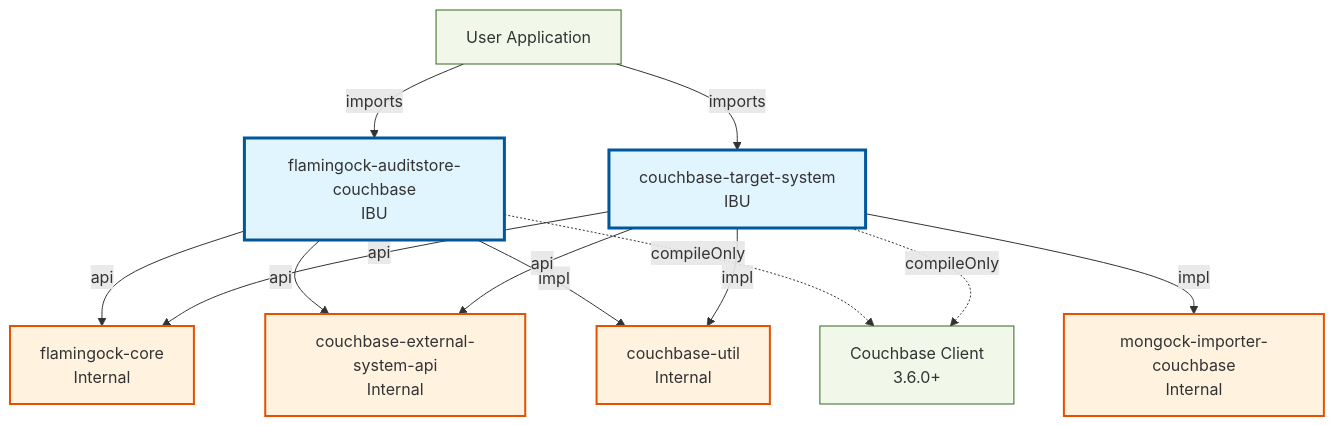
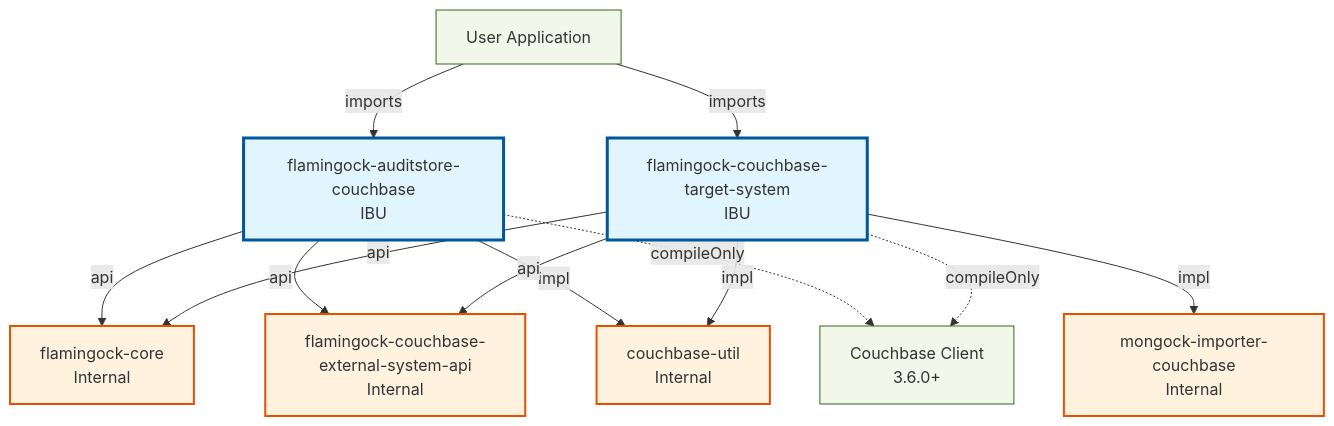
The seventh of 7 diagrams in docs/ARCHITECTURE_OVERVIEW.md (flamingock/flamingock-java), drawn with Mermaid before and after one commit. The commit also changed other lines of this file and 92 other files, not shown here.

````diff
--- a/docs/ARCHITECTURE_OVERVIEW.md
+++ b/docs/ARCHITECTURE_OVERVIEW.md
@@ -610,29 +610,29 @@
 ```mermaid
 graph TB
     classDef ibu fill:#e1f5fe,stroke:#01579b,stroke-width:3px
     classDef ubu fill:#f3e5f5,stroke:#4a148c,stroke-width:3px
     classDef internal fill:#fff3e0,stroke:#e65100,stroke-width:2px
     classDef external fill:#f1f8e9,stroke:#33691e,stroke-width:1px
 
     User[User Application]:::external
     User -->|imports| flamingock-auditstore-couchbase
-    User -->|imports| couchbase-target-system
+    User -->|imports| flamingock-couchbase-target-system
 
     flamingock-auditstore-couchbase[flamingock-auditstore-couchbase<br/>IBU]:::ibu
-    couchbase-target-system[couchbase-target-system<br/>IBU]:::ibu
-    couchbase-external-system-api[couchbase-external-system-api<br/>Internal]:::internal
+    flamingock-couchbase-target-system[flamingock-couchbase-target-system<br/>IBU]:::ibu
+    flamingock-couchbase-external-system-api[flamingock-couchbase-external-system-api<br/>Internal]:::internal
     flamingock-core[flamingock-core<br/>Internal]:::internal
     couchbase-util[couchbase-util<br/>Internal]:::internal
     mongock-importer-couchbase[mongock-importer-couchbase<br/>Internal]:::internal
     CouchbaseClient[Couchbase Client<br/>3.6.0+]:::external
 
     flamingock-auditstore-couchbase -->|api| flamingock-core
-    flamingock-auditstore-couchbase -->|api| couchbase-external-system-api
+    flamingock-auditstore-couchbase -->|api| flamingock-couchbase-external-system-api
     flamingock-auditstore-couchbase -->|impl| couchbase-util
     flamingock-auditstore-couchbase -.->|compileOnly| CouchbaseClient
-    couchbase-target-system -->|api| flamingock-core
-    couchbase-target-system -->|api| couchbase-external-system-api
-    couchbase-target-system -->|impl| couchbase-util
-    couchbase-target-system -->|impl| mongock-importer-couchbase
-    couchbase-target-system -.->|compileOnly| CouchbaseClient
+    flamingock-couchbase-target-system -->|api| flamingock-core
+    flamingock-couchbase-target-system -->|api| flamingock-couchbase-external-system-api
+    flamingock-couchbase-target-system -->|impl| couchbase-util
+    flamingock-couchbase-target-system -->|impl| mongock-importer-couchbase
+    flamingock-couchbase-target-system -.->|compileOnly| CouchbaseClient
 ```
````
